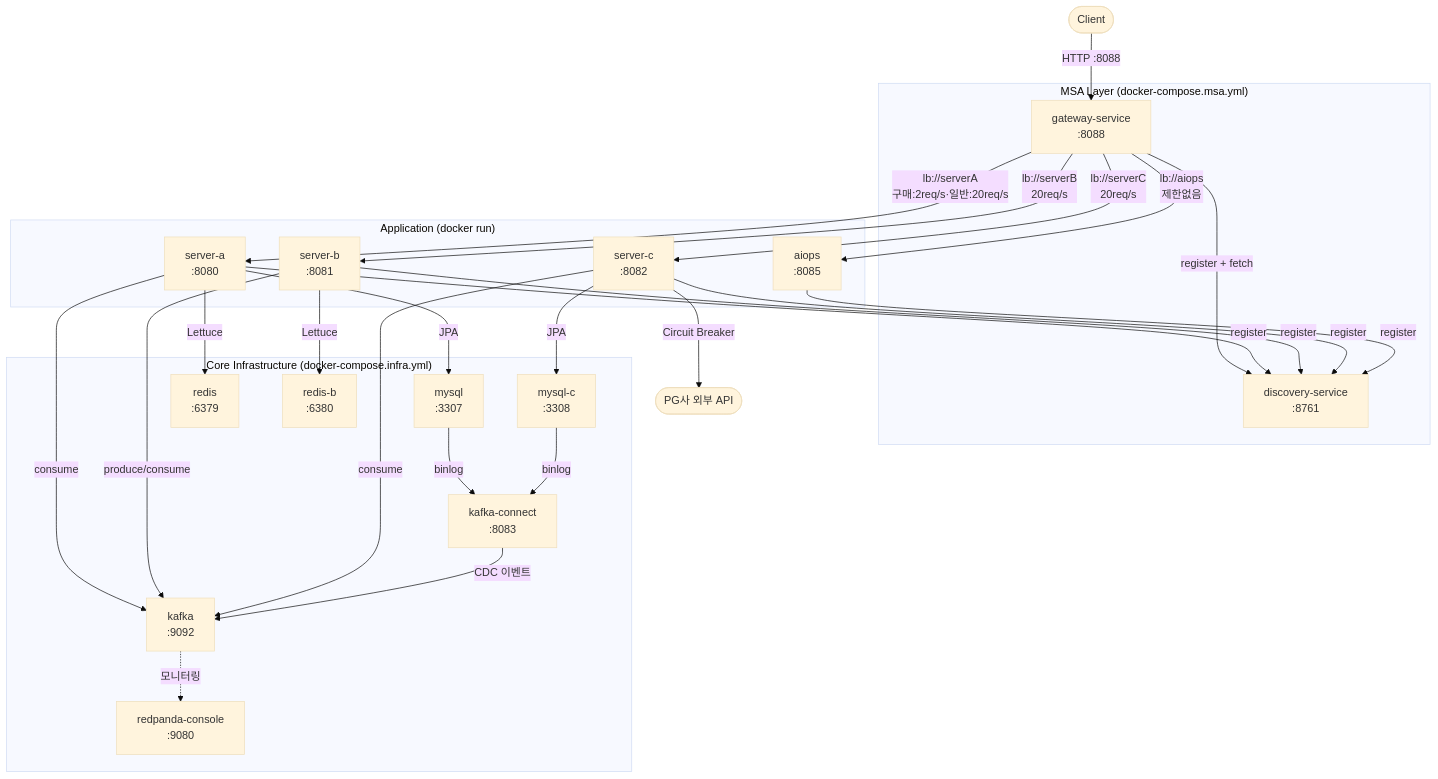
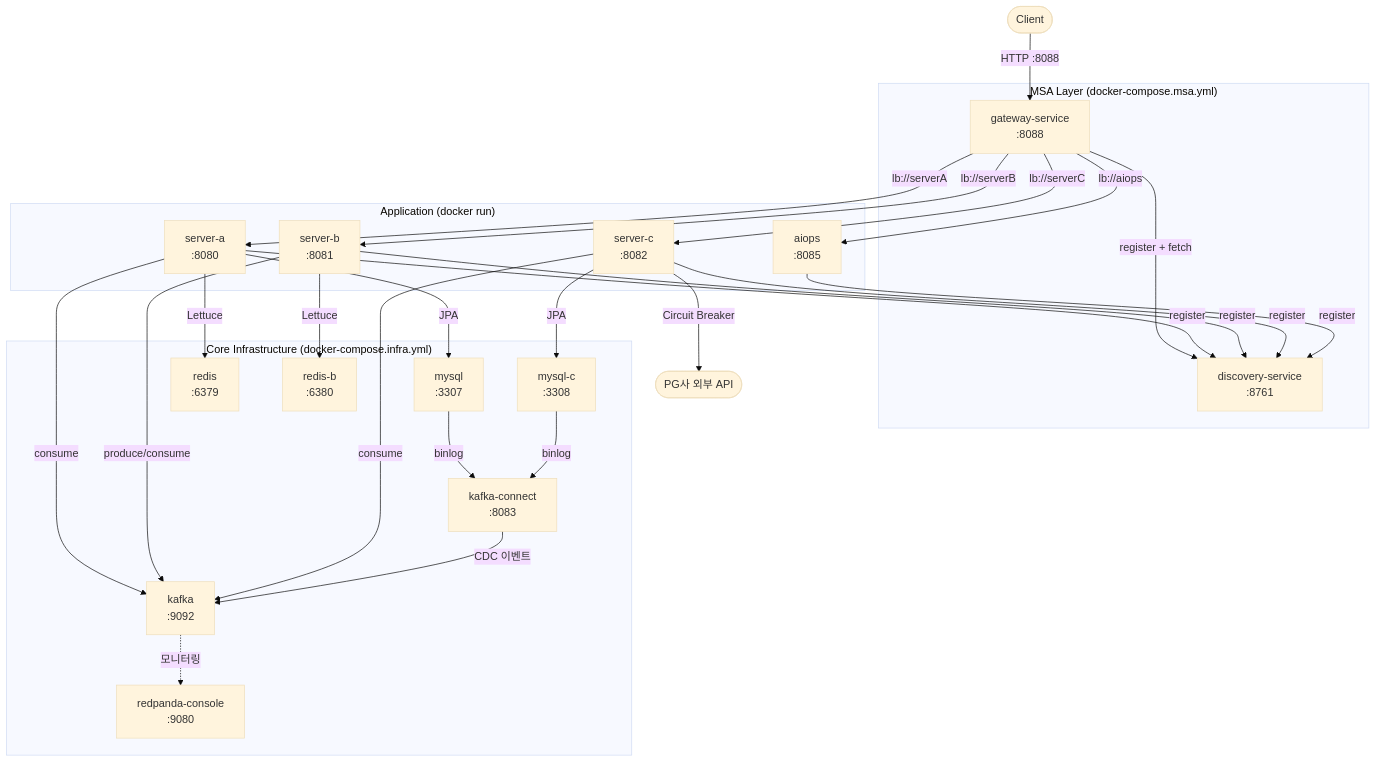
Before and after one commit to michi2012/goods-promotion-project: the first of 3 diagrams in docs/infra-diagram.md, drawn with Mermaid (base theme). The commit also changed other lines of this file, not shown here.

First line of the commit message:
docs: infra 다이어그램 엣지 라벨 단순화

````diff
--- a/docs/infra-diagram.md
+++ b/docs/infra-diagram.md
@@ -6,64 +6,64 @@
 ```mermaid
 flowchart TD
     Client(["Client"])
 
     subgraph MSA["MSA Layer (docker-compose.msa.yml)"]
         GW["gateway-service\n:8088"]
         DS["discovery-service\n:8761"]
     end
 
     subgraph App["Application (docker run)"]
         A["server-a\n:8080"]
         B["server-b\n:8081"]
         C["server-c\n:8082"]
         AIO["aiops\n:8085"]
     end
 
     subgraph Infra["Core Infrastructure (docker-compose.infra.yml)"]
         MySQL["mysql\n:3307"]
         MySQLC["mysql-c\n:3308"]
         Redis["redis\n:6379"]
         RedisB["redis-b\n:6380"]
         Kafka["kafka\n:9092"]
         KC["kafka-connect\n:8083"]
         RP["redpanda-console\n:9080"]
     end
 
     PG(["PG사 외부 API"])
 
     %% 외부 트래픽
     Client -->|"HTTP :8088"| GW
 
     %% 게이트웨이 → 서비스 (Eureka lb://, Rate Limiting 적용)
-    GW -->|"lb://serverA\n구매:2req/s·일반:20req/s"| A
-    GW -->|"lb://serverB\n20req/s"| B
-    GW -->|"lb://serverC\n20req/s"| C
-    GW -->|"lb://aiops\n제한없음"| AIO
+    GW -->|"lb://serverA"| A
+    GW -->|"lb://serverB"| B
+    GW -->|"lb://serverC"| C
+    GW -->|"lb://aiops"| AIO
 
     %% Eureka 등록
     GW -->|"register + fetch"| DS
     A -->|"register"| DS
     B -->|"register"| DS
     C -->|"register"| DS
     AIO -->|"register"| DS
 
     %% 앱 → 인프라
     A -->|"JPA"| MySQL
     A -->|"Lettuce"| Redis
     A -->|"consume"| Kafka
     B -->|"Lettuce"| RedisB
     B -->|"produce/consume"| Kafka
     C -->|"JPA"| MySQLC
     C -->|"consume"| Kafka
 
     %% Debezium CDC
     MySQL -->|"binlog"| KC
     MySQLC -->|"binlog"| KC
     KC -->|"CDC 이벤트"| Kafka
 
     %% 외부 결제
     C -->|"Circuit Breaker"| PG
 
     %% Kafka UI
     Kafka -.->|"모니터링"| RP
 ```
````
